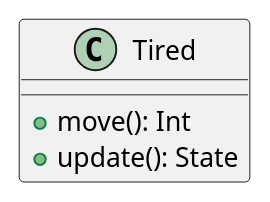
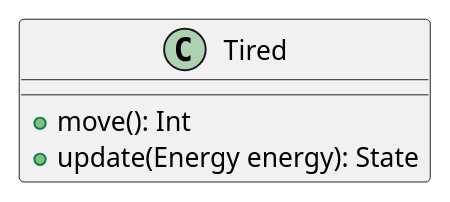
One commit to PabloGCH/tp2-algo3 changed the diagram in diagrams/classes/State/Tired.puml. Above: the diagram before and after it, drawn with PlantUML. The commit also changed 13 other files, not shown here.

```diff
--- a/diagrams/classes/State/Tired.puml
+++ b/diagrams/classes/State/Tired.puml
@@ -1,6 +1,6 @@
 @startuml
 class Tired{
     +move(): Int
-    +update(): State
+    +update(Energy energy): State
 }
 @enduml
```
